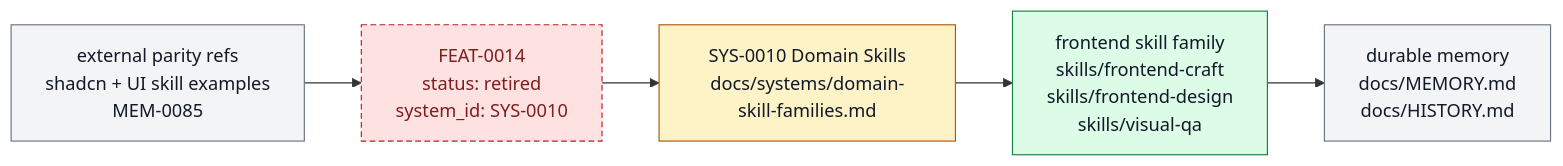
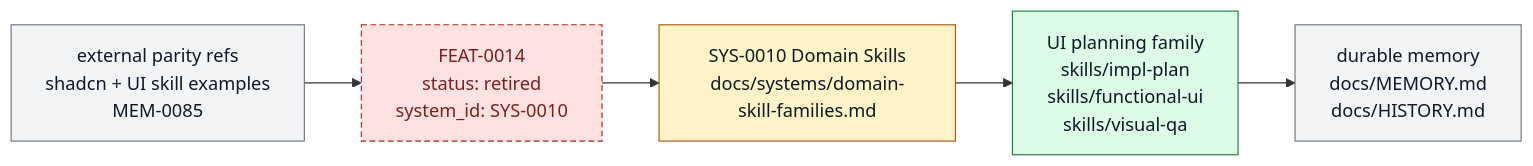
Before and after one commit to ZanarkandTechnologies/Farplane: the diagram in docs/features/FEAT-0014-frontend-skill-parity-upgrade.md, drawn with Mermaid. The commit also changed other lines of this file and 203 other files, not shown here.

Commit message:
refactor(frontend): replace retired router skills with bounded UI facets

````diff
--- a/docs/features/FEAT-0014-frontend-skill-parity-upgrade.md
+++ b/docs/features/FEAT-0014-frontend-skill-parity-upgrade.md
@@ -108,15 +108,15 @@
 ```mermaid
 flowchart LR
   classDef keep fill:#f3f4f6,stroke:#6b7280,color:#111827
   classDef changed fill:#fef3c7,stroke:#b45309,color:#111827
   classDef added fill:#dcfce7,stroke:#15803d,color:#111827
   classDef retired fill:#fee2e2,stroke:#b91c1c,color:#7f1d1d,stroke-dasharray: 5 3
 
   sources["external parity refs<br/>shadcn + UI skill examples<br/>MEM-0085"]:::keep
   retired["FEAT-0014<br/>status: retired<br/>system_id: SYS-0010"]:::retired
   owner["SYS-0010 Domain Skills<br/>docs/systems/domain-skill-families.md"]:::changed
-  skills["frontend skill family<br/>skills/frontend-craft<br/>skills/frontend-design<br/>skills/visual-qa"]:::added
+  skills["UI planning family<br/>skills/impl-plan<br/>skills/functional-ui<br/>skills/visual-qa"]:::added
   record["durable memory<br/>docs/MEMORY.md<br/>docs/HISTORY.md"]:::keep
 
   sources --> retired --> owner --> skills --> record
 ```
````
